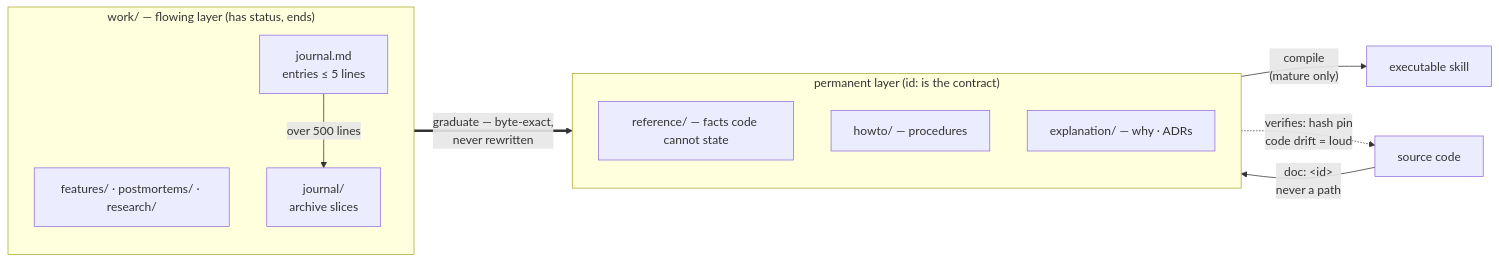
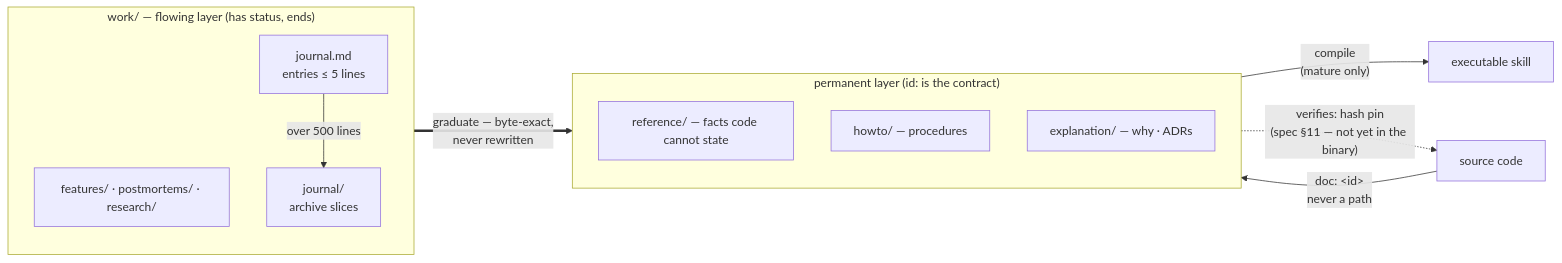
The first of 5 diagrams in README.md (FatihErtugral/docsys), drawn with Mermaid before and after one commit. The commit also changed other lines of this file, not shown here.

````diff
--- a/README.md
+++ b/README.md
@@ -25,24 +25,24 @@
 ```mermaid
 flowchart LR
     subgraph WORK["work/ — flowing layer (has status, ends)"]
         direction TB
         F["features/ · postmortems/ · research/"]
         J["journal.md<br/>entries ≤ 5 lines"]
         J -->|"over 500 lines"| S["journal/<br/>archive slices"]
     end
 
     subgraph PERM["permanent layer (id: is the contract)"]
         direction TB
         REF["reference/ — facts code cannot state"]
         HOW["howto/ — procedures"]
         EXP["explanation/ — why · ADRs"]
     end
 
     CODE["source code"]
     SKILL["executable skill"]
 
     F ==>|"graduate — byte-exact,<br/>never rewritten"| PERM
     CODE -->|"doc: &lt;id&gt;<br/>never a path"| PERM
-    PERM -.->|"verifies: hash pin<br/>code drift = loud"| CODE
+    PERM -.->|"verifies: hash pin<br/>(spec §11 — not yet in the binary)"| CODE
     HOW -->|"compile<br/>(mature only)"| SKILL
 ```
````
